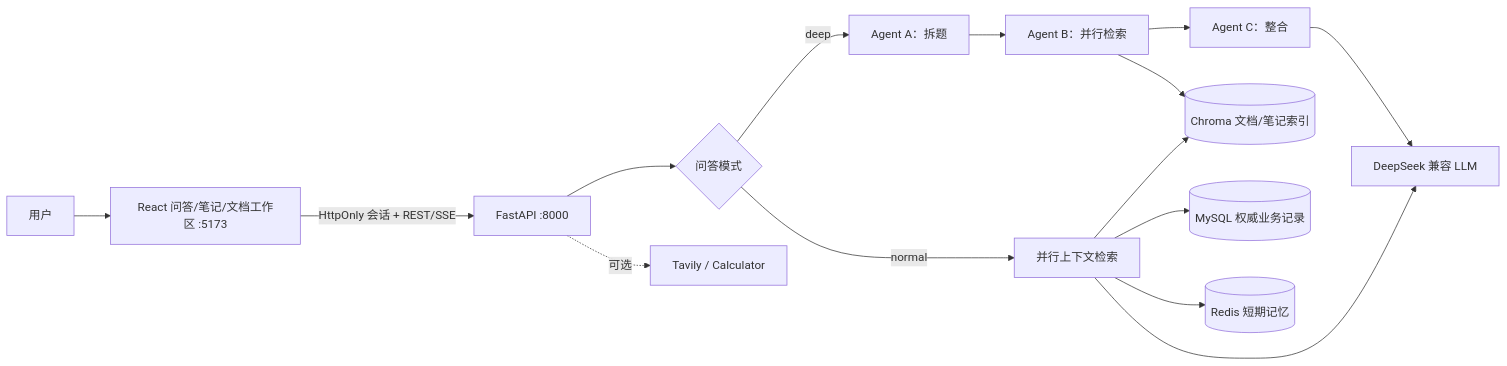
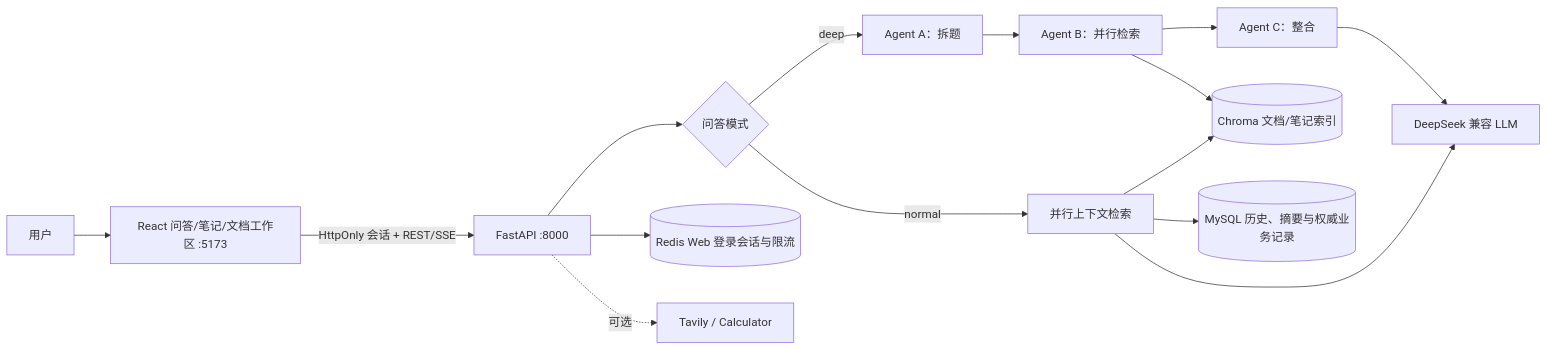
The diagram in README.md (louwangss/ai-knowledge-qa), drawn with Mermaid before and after one commit. The commit also changed other lines of this file and 25 other files, not shown here.

````diff
--- a/README.md
+++ b/README.md
@@ -18,19 +18,19 @@
 ```mermaid
 flowchart LR
     U["用户"] --> W["React 问答/笔记/文档工作区 :5173"]
     W -->|"HttpOnly 会话 + REST/SSE"| A["FastAPI :8000"]
 
     A --> M{"问答模式"}
     M -->|"normal"| R["并行上下文检索"]
     M -->|"deep"| D["Agent A：拆题"]
     D --> E["Agent B：并行检索"]
     E --> S["Agent C：整合"]
 
     R --> C[("Chroma 文档/笔记索引")]
     E --> C
-    R --> MY[("MySQL 权威业务记录")]
-    R --> RE[("Redis 短期记忆")]
+    R --> MY[("MySQL 历史、摘要与权威业务记录")]
+    A --> RE[("Redis Web 登录会话与限流")]
     R --> L["DeepSeek 兼容 LLM"]
     S --> L
     A -. "可选" .-> T["Tavily / Calculator"]
 ```
````
